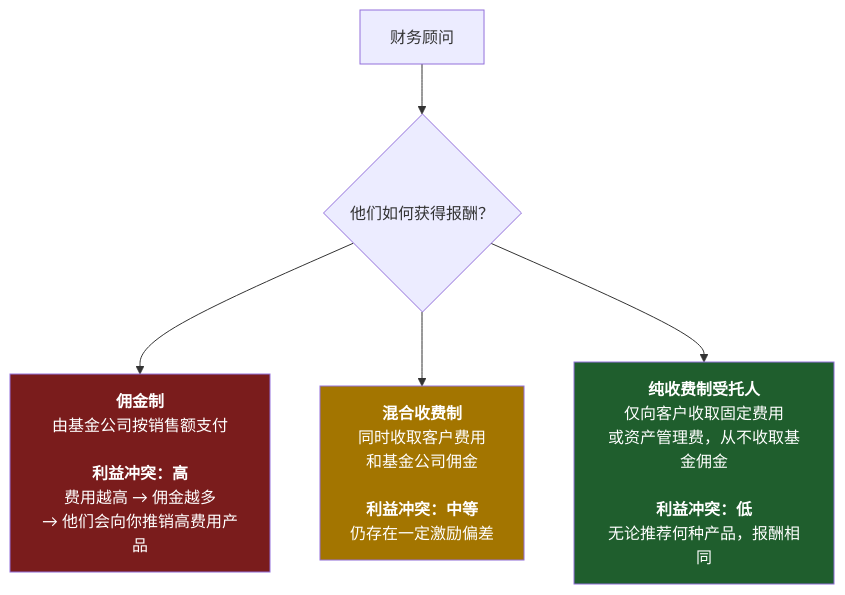
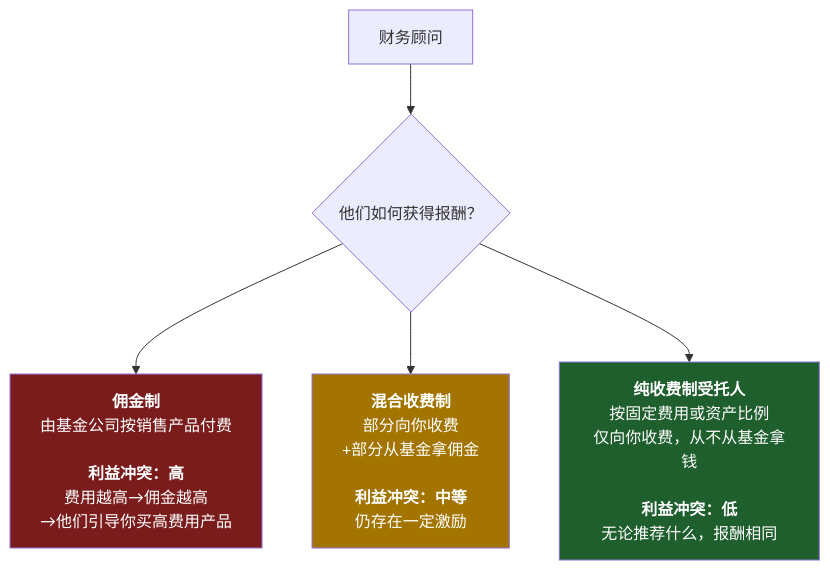
One commit to chanmainvest/tutorial changed the second of 4 diagrams in course_cn/week02_index_funds_etfs.md. Above: the diagram before and after it, drawn with Mermaid. The commit also changed other lines of this file and 451 other files, not shown here.

````diff
--- a/course_cn/week02_index_funds_etfs.md
+++ b/course_cn/week02_index_funds_etfs.md
@@ -180,10 +180,10 @@
 ```mermaid
 flowchart TD
     A[财务顾问] --> B{他们如何获得报酬？}
-    B --> C["<b>佣金制</b><br/>由基金公司按销售额支付<br/><br/><b>利益冲突：高</b><br/>费用越高 → 佣金越多<br/>→ 他们会向你推销高费用产品"]
-    B --> D["<b>混合收费制</b><br/>同时收取客户费用<br/>和基金公司佣金<br/><br/><b>利益冲突：中等</b><br/>仍存在一定激励偏差"]
-    B --> E["<b>纯收费制受托人</b><br/>仅向客户收取固定费用<br/>或资产管理费，从不收取基金佣金<br/><br/><b>利益冲突：低</b><br/>无论推荐何种产品，报酬相同"]
+    B --> C["<b>佣金制</b><br/>由基金公司按销售产品付费<br/><br/><b>利益冲突：高</b><br/>费用越高→佣金越高<br/>→他们引导你买高费用产品"]
+    B --> D["<b>混合收费制</b><br/>部分向你收费<br/>+部分从基金拿佣金<br/><br/><b>利益冲突：中等</b><br/>仍存在一定激励"]
+    B --> E["<b>纯收费制受托人</b><br/>按固定费用或资产比例<br/>仅向你收费，从不从基金拿钱<br/><br/><b>利益冲突：低</b><br/>无论推荐什么，报酬相同"]
     style C fill:#7a1c1c,color:#fff
     style D fill:#a37500,color:#fff
     style E fill:#1f5e2d,color:#fff
 ```
````
